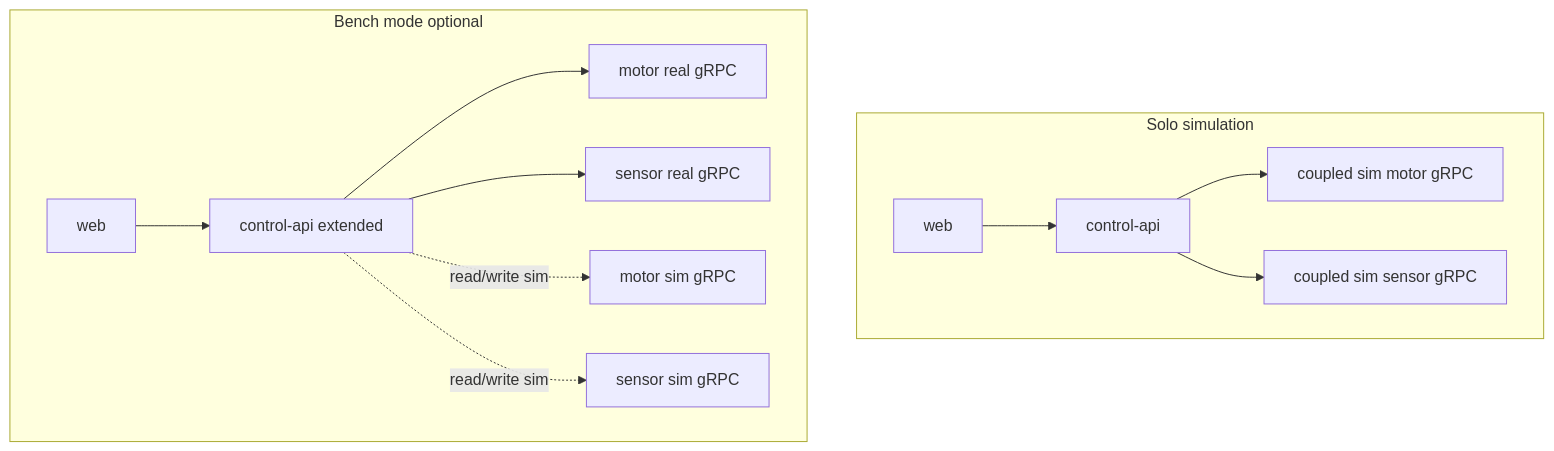
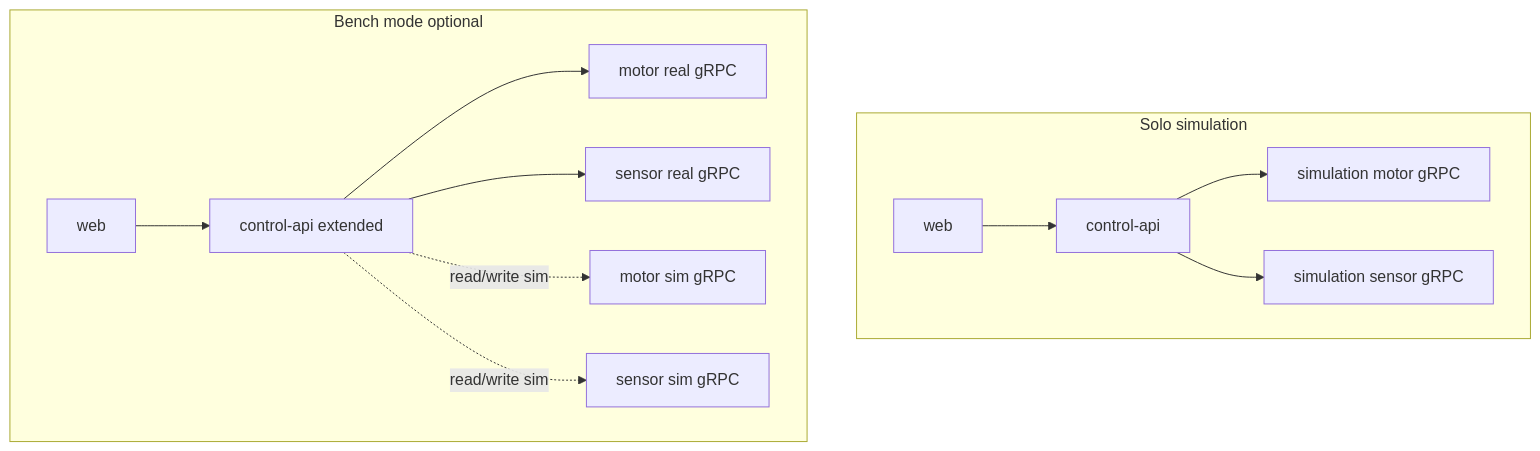
The first of 2 diagrams in docs/simulation-and-bench.md (SamuelC54/real-pendulum-2), drawn with Mermaid before and after one commit. The commit also changed other lines of this file and 41 other files, not shown here.

First line of the commit message:
Rename coupled-sim to simulation across the codebase.

````diff
--- a/docs/simulation-and-bench.md
+++ b/docs/simulation-and-bench.md
@@ -31,26 +31,26 @@
 ```mermaid
 flowchart TB
   subgraph solo [Solo simulation]
     WEB1[web]
     API1[control-api]
-    FM[coupled sim motor gRPC]
-    FS[coupled sim sensor gRPC]
+    FM[simulation motor gRPC]
+    FS[simulation sensor gRPC]
     WEB1 --> API1
     API1 --> FM
     API1 --> FS
   end
 
   subgraph bench [Bench mode optional]
     WEB2[web]
     API2[control-api extended]
     MR[motor real gRPC]
     SR[sensor real gRPC]
     MS[motor sim gRPC]
     SS[sensor sim gRPC]
     WEB2 --> API2
     API2 --> MR
     API2 --> SR
     API2 -.->|read/write sim| MS
     API2 -.->|read/write sim| SS
   end
 ```
````
